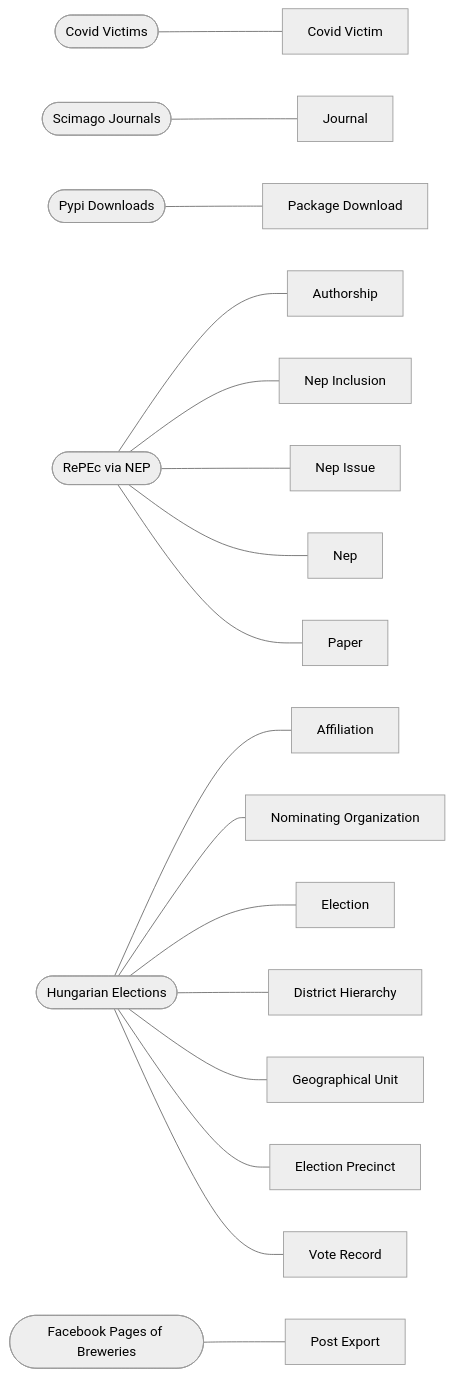
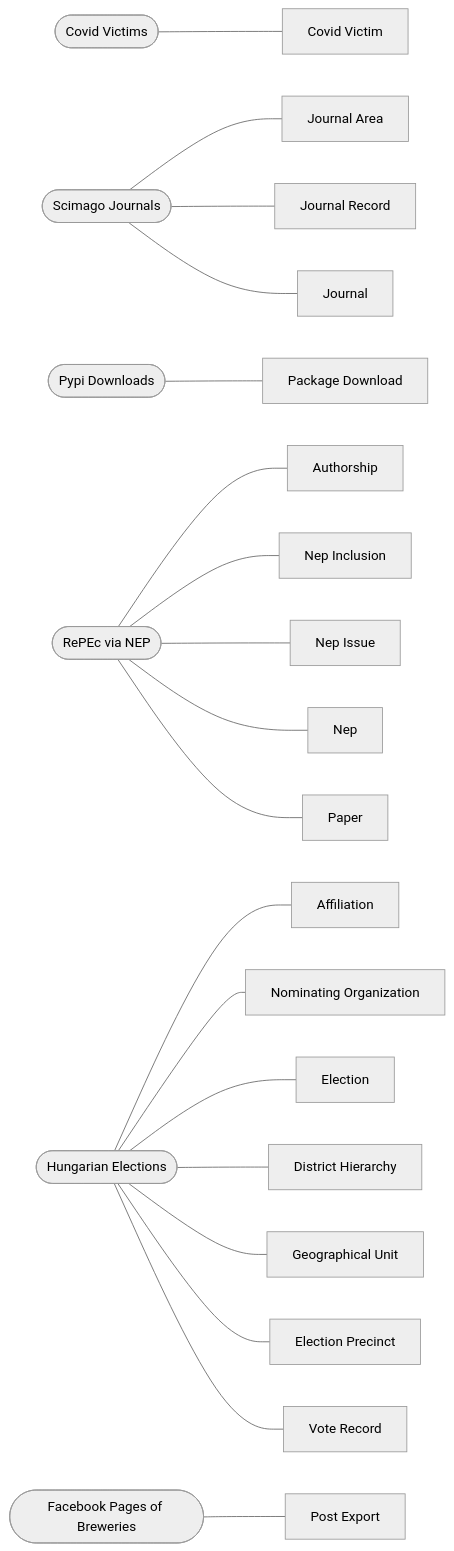
The diagram in _sources/mermaid.md (sscu-budapest/explorer), drawn with Mermaid (neutral theme) before and after one commit. The commit also changed 29 other files, not shown here.

````diff
--- a/_sources/mermaid.md
+++ b/_sources/mermaid.md
@@ -1,53 +1,59 @@
 ```{mermaid}
 
     flowchart LR
         
         covid_victims([Covid Victims]) --- covid_victims_covid_victim[Covid Victim]
         click covid_victims_covid_victim href "https://s3.eu-de.cloud-object-storage.appdomain.cloud/sscub-public-explorer/covid_victims/covid_victim-profile.html" "Profile"
+        
+        scimago_journals([Scimago Journals]) --- scimago_journals_journal_area[Journal Area]
+        click scimago_journals_journal_area href "https://s3.eu-de.cloud-object-storage.appdomain.cloud/sscub-public-explorer/scimago_journals/journal_area-profile.html" "Profile"
+        
+        scimago_journals([Scimago Journals]) --- scimago_journals_journal_record[Journal Record]
+        click scimago_journals_journal_record href "https://s3.eu-de.cloud-object-storage.appdomain.cloud/sscub-public-explorer/scimago_journals/journal_record-profile.html" "Profile"
         
         scimago_journals([Scimago Journals]) --- scimago_journals_journal[Journal]
         click scimago_journals_journal href "https://s3.eu-de.cloud-object-storage.appdomain.cloud/sscub-public-explorer/scimago_journals/journal-profile.html" "Profile"
         
         pypi_downloads([Pypi Downloads]) --- pypi_downloads_package_download[Package Download]
         click pypi_downloads_package_download href "https://s3.eu-de.cloud-object-storage.appdomain.cloud/sscub-public-explorer/pypi_downloads/package_download-profile.html" "Profile"
         
         repec_via_nep([RePEc via NEP]) --- repec_via_nep_authorship[Authorship]
         click repec_via_nep_authorship href "https://s3.eu-de.cloud-object-storage.appdomain.cloud/sscub-public-explorer/repec_via_nep/authorship-profile.html" "Profile"
         
         repec_via_nep([RePEc via NEP]) --- repec_via_nep_nep_inclusion[Nep Inclusion]
         click repec_via_nep_nep_inclusion href "https://s3.eu-de.cloud-object-storage.appdomain.cloud/sscub-public-explorer/repec_via_nep/nep_inclusion-profile.html" "Profile"
         
         repec_via_nep([RePEc via NEP]) --- repec_via_nep_nep_issue[Nep Issue]
         click repec_via_nep_nep_issue href "https://s3.eu-de.cloud-object-storage.appdomain.cloud/sscub-public-explorer/repec_via_nep/nep_issue-profile.html" "Profile"
         
         repec_via_nep([RePEc via NEP]) --- repec_via_nep_nep[Nep]
         click repec_via_nep_nep href "https://s3.eu-de.cloud-object-storage.appdomain.cloud/sscub-public-explorer/repec_via_nep/nep-profile.html" "Profile"
         
         repec_via_nep([RePEc via NEP]) --- repec_via_nep_paper[Paper]
         click repec_via_nep_paper href "https://s3.eu-de.cloud-object-storage.appdomain.cloud/sscub-public-explorer/repec_via_nep/paper-profile.html" "Profile"
         
         hungarian_elections([Hungarian Elections]) --- hungarian_elections_affiliation[Affiliation]
         click hungarian_elections_affiliation href "https://s3.eu-de.cloud-object-storage.appdomain.cloud/sscub-public-explorer/hungarian_elections/affiliation-profile.html" "Profile"
         
         hungarian_elections([Hungarian Elections]) --- hungarian_elections_nominating_organization[Nominating Organization]
         click hungarian_elections_nominating_organization href "https://s3.eu-de.cloud-object-storage.appdomain.cloud/sscub-public-explorer/hungarian_elections/nominating_organization-profile.html" "Profile"
         
         hungarian_elections([Hungarian Elections]) --- hungarian_elections_election[Election]
         click hungarian_elections_election href "https://s3.eu-de.cloud-object-storage.appdomain.cloud/sscub-public-explorer/hungarian_elections/election-profile.html" "Profile"
         
         hungarian_elections([Hungarian Elections]) --- hungarian_elections_district_hierarchy[District Hierarchy]
         click hungarian_elections_district_hierarchy href "https://s3.eu-de.cloud-object-storage.appdomain.cloud/sscub-public-explorer/hungarian_elections/district_hierarchy-profile.html" "Profile"
         
         hungarian_elections([Hungarian Elections]) --- hungarian_elections_geographical_unit[Geographical Unit]
         click hungarian_elections_geographical_unit href "https://s3.eu-de.cloud-object-storage.appdomain.cloud/sscub-public-explorer/hungarian_elections/geographical_unit-profile.html" "Profile"
         
         hungarian_elections([Hungarian Elections]) --- hungarian_elections_election_precinct[Election Precinct]
         click hungarian_elections_election_precinct href "https://s3.eu-de.cloud-object-storage.appdomain.cloud/sscub-public-explorer/hungarian_elections/election_precinct-profile.html" "Profile"
         
         hungarian_elections([Hungarian Elections]) --- hungarian_elections_vote_record[Vote Record]
         click hungarian_elections_vote_record href "https://s3.eu-de.cloud-object-storage.appdomain.cloud/sscub-public-explorer/hungarian_elections/vote_record-profile.html" "Profile"
         
         facebook_pages_of_breweries([Facebook Pages of Breweries]) --- facebook_pages_of_breweries_post_export[Post Export]
         click facebook_pages_of_breweries_post_export href "https://s3.eu-de.cloud-object-storage.appdomain.cloud/sscub-public-explorer/facebook_pages_of_breweries/post_export-profile.html" "Profile"
         
 ```
````
